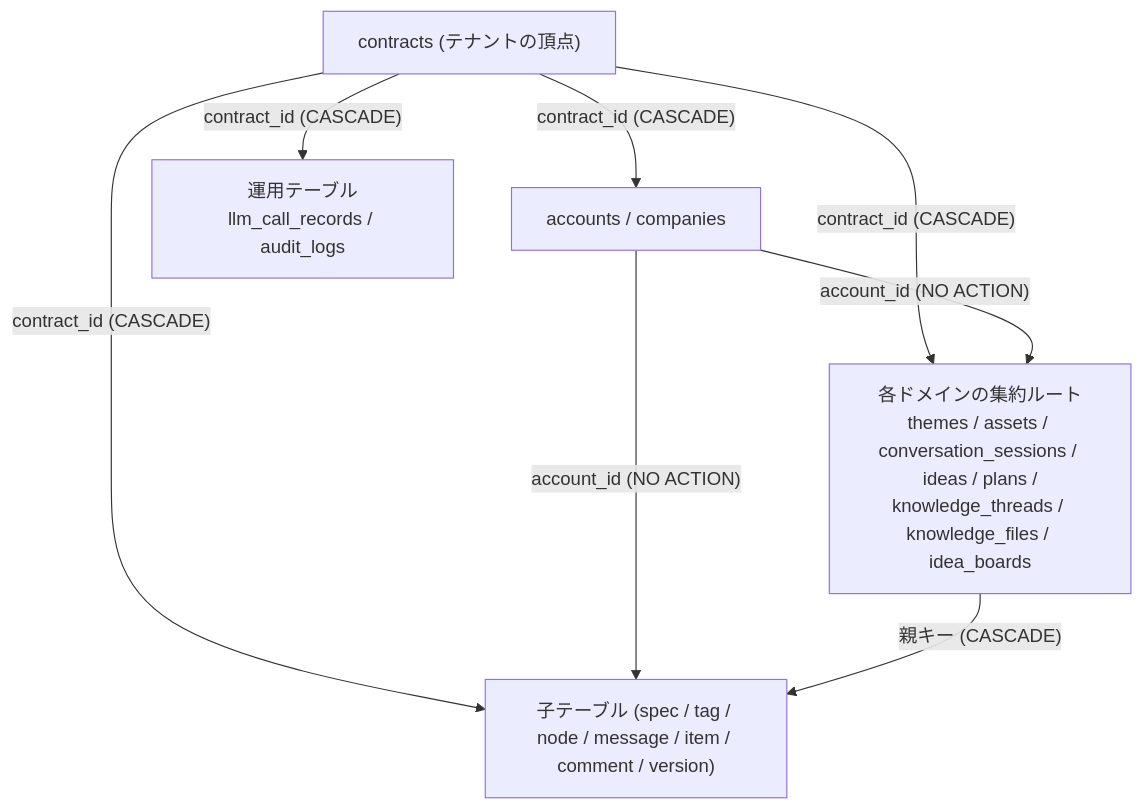
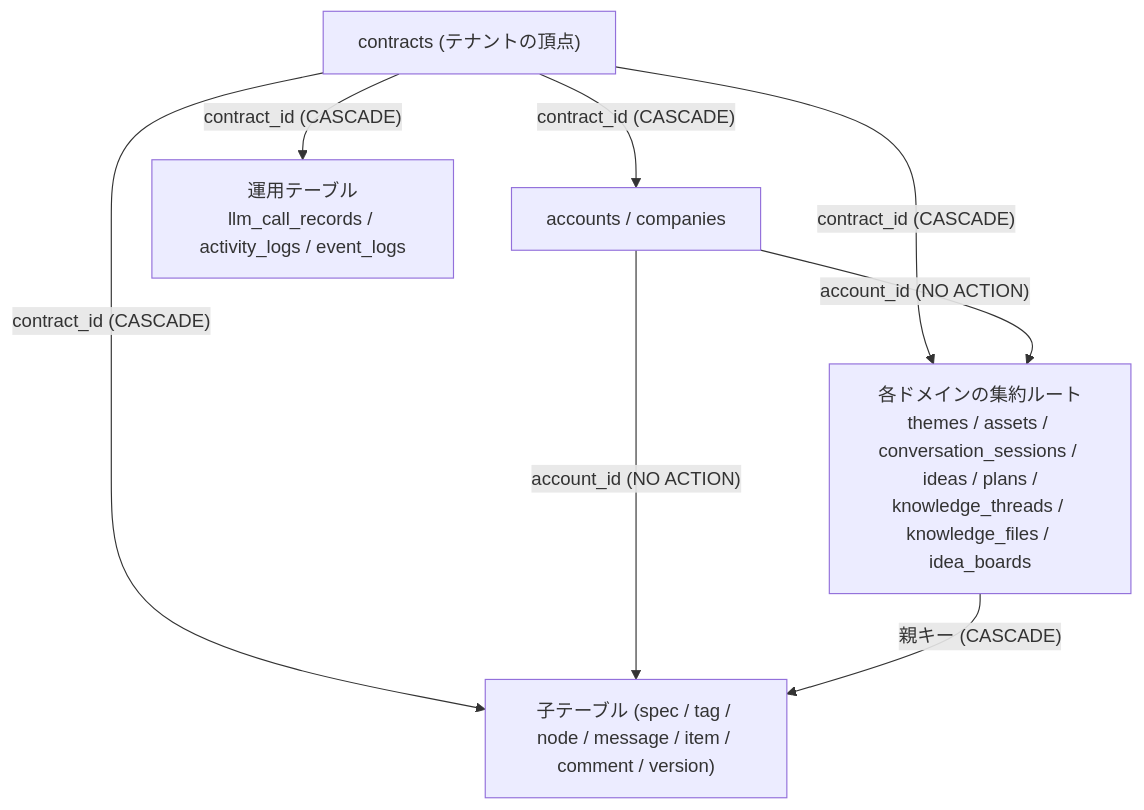
The diagram in docs/design/data-model.md (yumori59/hassan_v3_design), drawn with Mermaid before and after one commit. The commit also changed other lines of this file and 26 other files, not shown here.

````diff
--- a/docs/design/data-model.md
+++ b/docs/design/data-model.md
@@ -146,16 +164,16 @@
 ```mermaid
 flowchart TB
     C["contracts (テナントの頂点)"]
     A["accounts / companies"]
     R["各ドメインの集約ルート<br/>themes / assets / conversation_sessions / ideas / plans /<br/>knowledge_threads / knowledge_files / idea_boards"]
     L["子テーブル (spec / tag / node / message / item / comment / version)"]
-    O["運用テーブル<br/>llm_call_records / audit_logs"]
+    O["運用テーブル<br/>llm_call_records / activity_logs / event_logs"]
 
     C -->|"contract_id (CASCADE)"| A
     C -->|"contract_id (CASCADE)"| R
     C -->|"contract_id (CASCADE)"| O
     C -->|"contract_id (CASCADE)"| L
     A -->|"account_id (NO ACTION)"| R
     A -->|"account_id (NO ACTION)"| L
     R -->|"親キー (CASCADE)"| L
 ```
````
